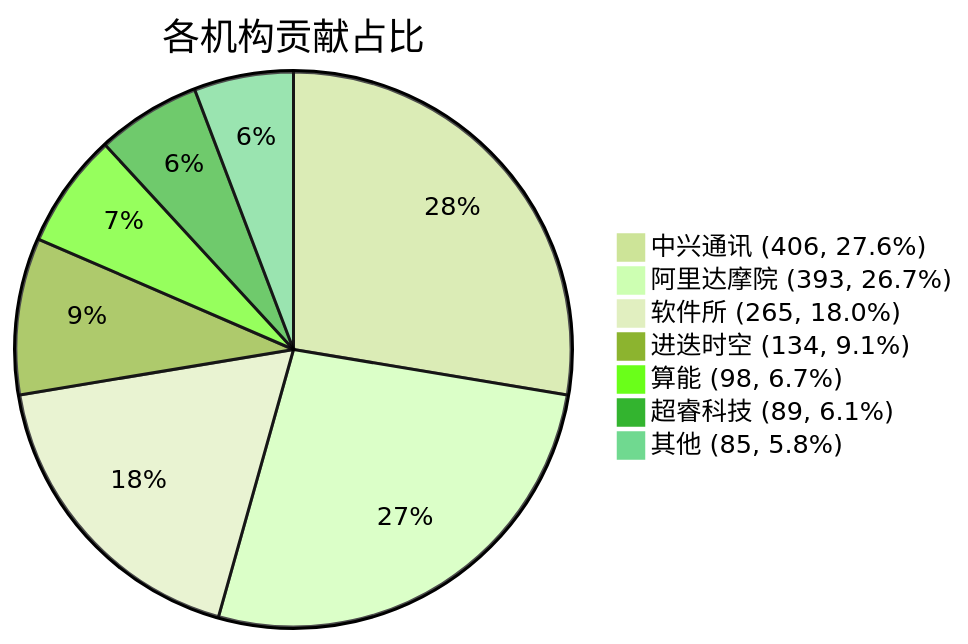
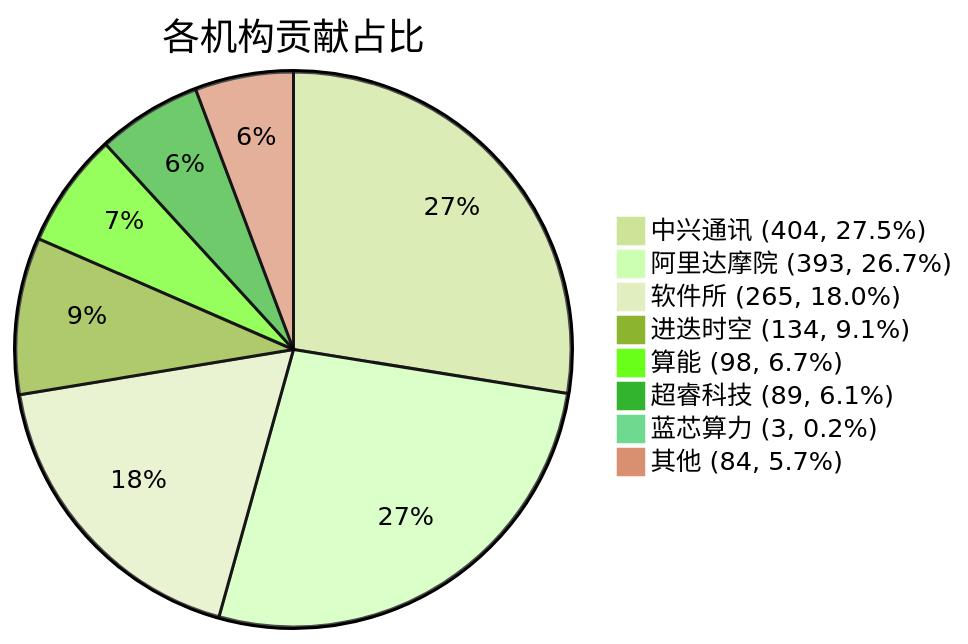
One commit to RVCK-Project/rvck changed the diagram in docs/index.md. Above: the diagram before and after it, drawn with Mermaid (forest theme). The commit also changed other lines of this file and 23 other files, not shown here.

````diff
--- a/docs/index.md
+++ b/docs/index.md
@@ -39,10 +40,11 @@
 ```mermaid
 pie title 各机构贡献占比
-    "中兴通讯 (406, 27.6%)" : 406
+    "中兴通讯 (404, 27.5%)" : 404
     "阿里达摩院 (393, 26.7%)" : 393
     "软件所 (265, 18.0%)" : 265
     "进迭时空 (134, 9.1%)" : 134
     "算能 (98, 6.7%)" : 98
     "超睿科技 (89, 6.1%)" : 89
-    "其他 (85, 5.8%)" : 85
+    "蓝芯算力 (3, 0.2%)" : 3
+    "其他 (84, 5.7%)" : 84
 ```
````
